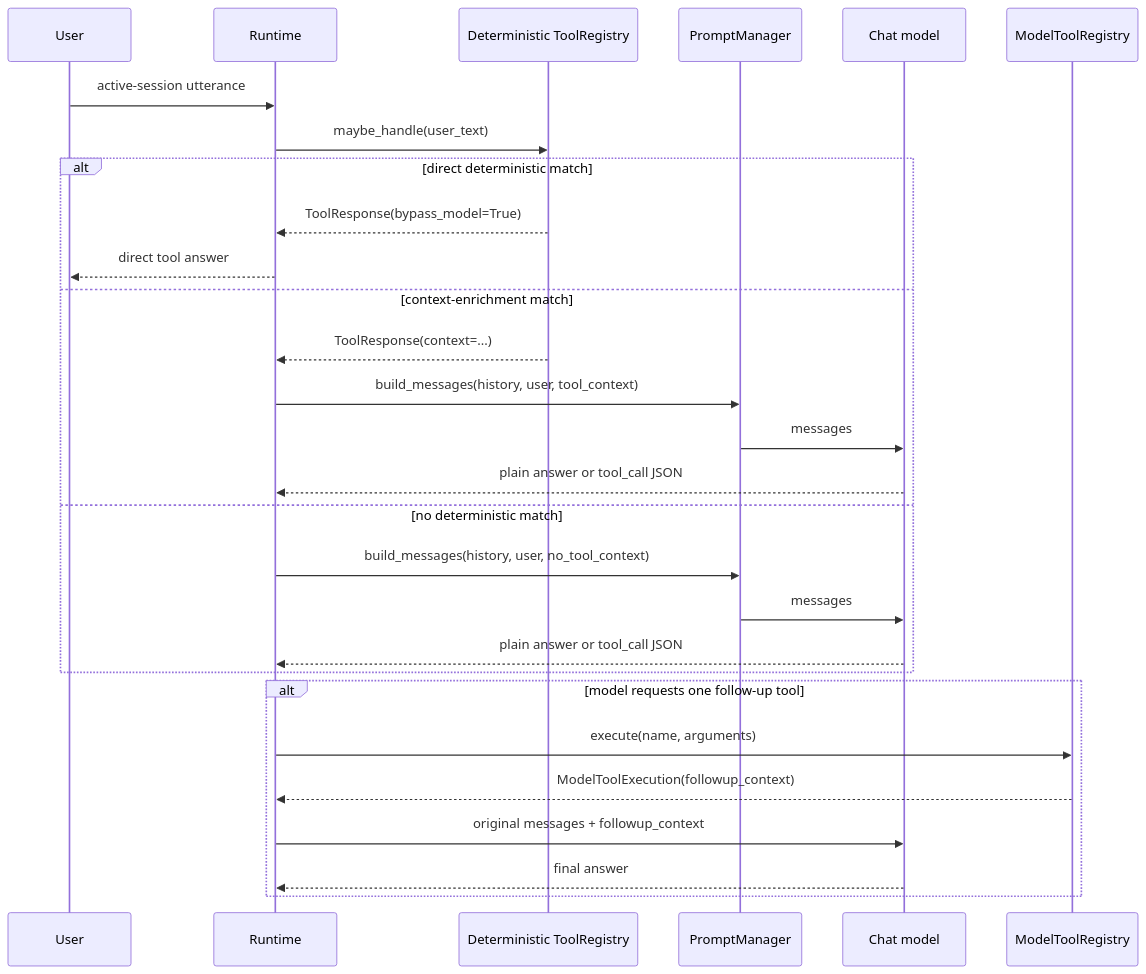
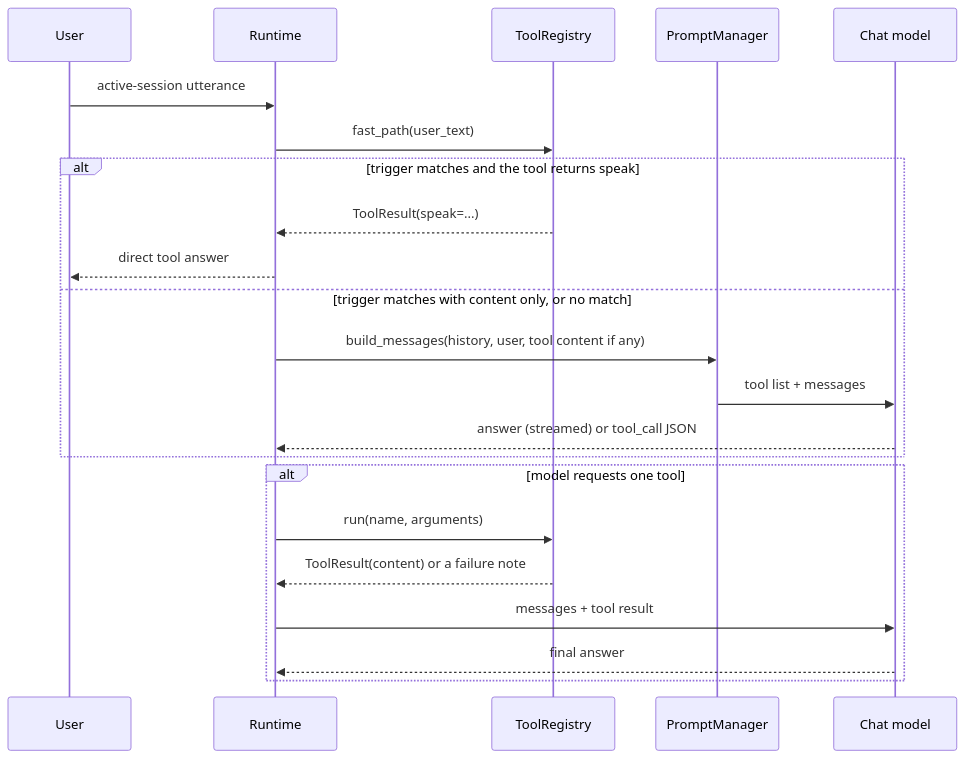
The third of 5 diagrams in docs/architecture.md (robert-mcdermott/arietta-voice), drawn with Mermaid before and after one commit. The commit also changed other lines of this file and 11 other files, not shown here.

First line of the commit message:
Document the unified tools, add a user tools folder with an example

````diff
--- a/docs/architecture.md
+++ b/docs/architecture.md
@@ -251,31 +258,25 @@
 ```mermaid
 sequenceDiagram
     participant User
     participant Runtime
-    participant DTools as Deterministic ToolRegistry
+    participant Tools as ToolRegistry
     participant Prompt as PromptManager
     participant Chat as Chat model
-    participant MTools as ModelToolRegistry
 
     User->>Runtime: active-session utterance
-    Runtime->>DTools: maybe_handle(user_text)
-    alt direct deterministic match
-        DTools-->>Runtime: ToolResponse(bypass_model=True)
+    Runtime->>Tools: fast_path(user_text)
+    alt trigger matches and the tool returns speak
+        Tools-->>Runtime: ToolResult(speak=...)
         Runtime-->>User: direct tool answer
-    else context-enrichment match
-        DTools-->>Runtime: ToolResponse(context=...)
-        Runtime->>Prompt: build_messages(history, user, tool_context)
-        Prompt->>Chat: messages
-        Chat-->>Runtime: plain answer or tool_call JSON
-    else no deterministic match
-        Runtime->>Prompt: build_messages(history, user, no_tool_context)
-        Prompt->>Chat: messages
-        Chat-->>Runtime: plain answer or tool_call JSON
+    else trigger matches with content only, or no match
+        Runtime->>Prompt: build_messages(history, user, tool content if any)
+        Prompt->>Chat: tool list + messages
+        Chat-->>Runtime: answer (streamed) or tool_call JSON
     end
-    alt model requests one follow-up tool
-        Runtime->>MTools: execute(name, arguments)
-        MTools-->>Runtime: ModelToolExecution(followup_context)
-        Runtime->>Chat: original messages + followup_context
+    alt model requests one tool
+        Runtime->>Tools: run(name, arguments)
+        Tools-->>Runtime: ToolResult(content) or a failure note
+        Runtime->>Chat: messages + tool result
         Chat-->>Runtime: final answer
     end
 ```
````
